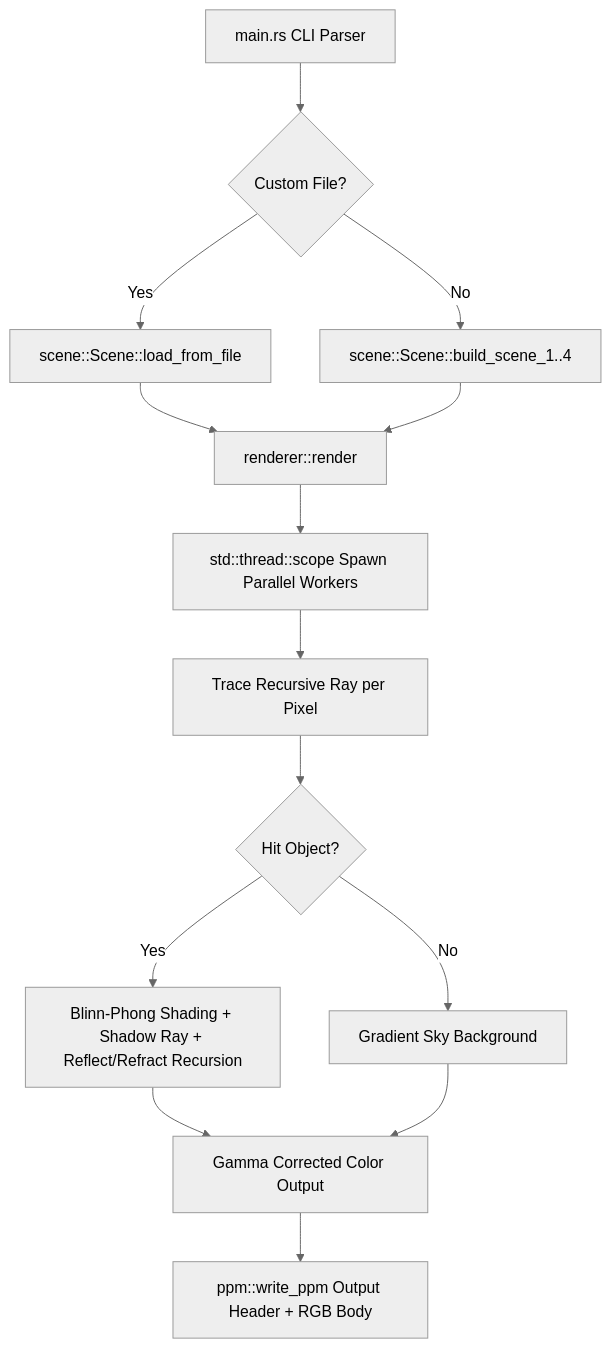
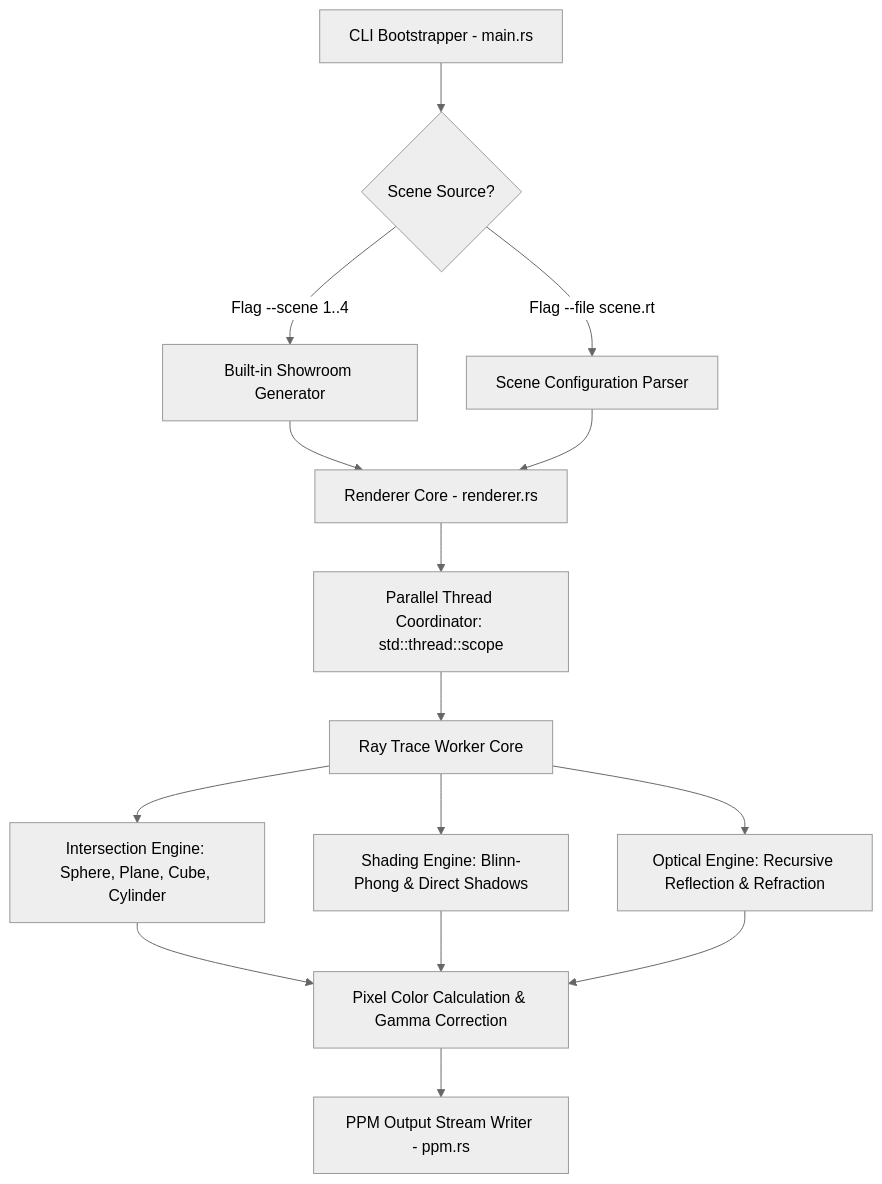
One commit to sahmedhusain/raycraft-3d changed the first of 2 diagrams in README.md. Above: the diagram before and after it, drawn with Mermaid (neutral theme). The commit also changed other lines of this file and 2 other files, not shown here.

Commit message:
rebrand: Rename project to RayCraft3D and add standardized documentation

````diff
--- a/README.md
+++ b/README.md
@@ -134,16 +36,17 @@
 ```mermaid
-flowchart TD
-    A[main.rs CLI Parser] --> B{Custom File?}
-    B -->|Yes| C[scene::Scene::load_from_file]
-    B -->|No| D[scene::Scene::build_scene_1..4]
-    C --> E[renderer::render]
-    D --> E
-    E --> F[std::thread::scope Spawn Parallel Workers]
-    F --> G[Trace Recursive Ray per Pixel]
-    G --> H{Hit Object?}
-    H -->|Yes| I[Blinn-Phong Shading + Shadow Ray + Reflect/Refract Recursion]
-    H -->|No| J[Gradient Sky Background]
-    I --> K[Gamma Corrected Color Output]
-    J --> K
-    K --> L[ppm::write_ppm Output Header + RGB Body]
+graph TD
+    A[CLI Bootstrapper - main.rs] --> B{Scene Source?}
+    B -->|Flag --scene 1..4| C[Built-in Showroom Generator]
+    B -->|Flag --file scene.rt| D[Scene Configuration Parser]
+    
+    C & D --> E[Renderer Core - renderer.rs]
+    E --> F[Parallel Thread Coordinator: std::thread::scope]
+    
+    F --> G[Ray Trace Worker Core]
+    G --> H1[Intersection Engine: Sphere, Plane, Cube, Cylinder]
+    G --> H2[Shading Engine: Blinn-Phong & Direct Shadows]
+    G --> H3[Optical Engine: Recursive Reflection & Refraction]
+    
+    H1 & H2 & H3 --> I[Pixel Color Calculation & Gamma Correction]
+    I --> J[PPM Output Stream Writer - ppm.rs]
 ```
````
